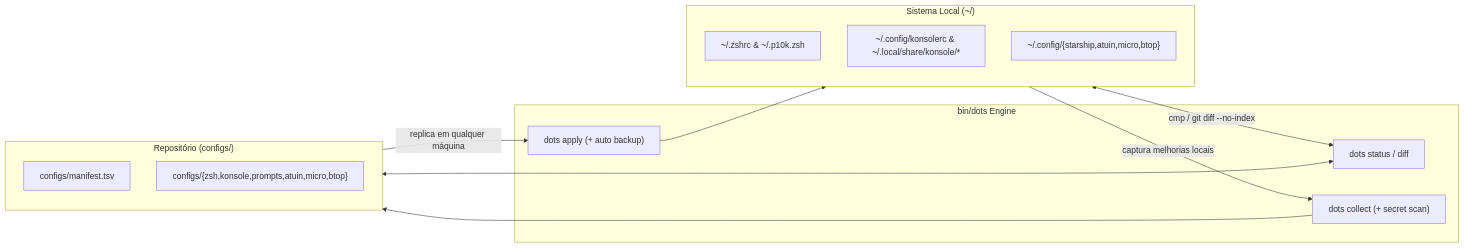
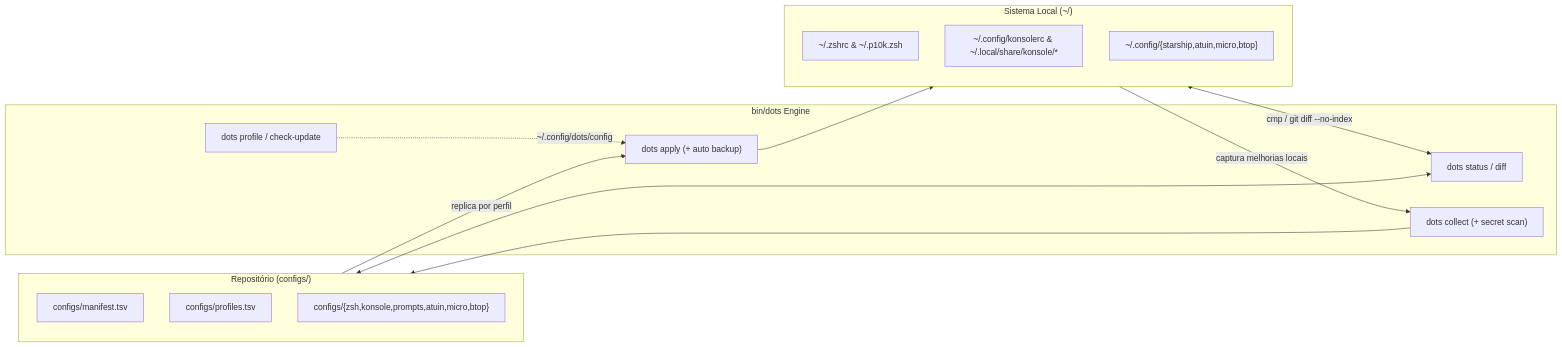
The diagram in README.md (berndof/dotfiles), drawn with Mermaid before and after one commit. The commit also changed other lines of this file and 5 other files, not shown here.

Commit message:
feat(dots): add machine profile selector and background update checker

````diff
--- a/README.md
+++ b/README.md
@@ -21,23 +21,26 @@
 ```mermaid
 flowchart LR
     subgraph Live["Sistema Local (~/)"]
         Z["~/.zshrc & ~/.p10k.zsh"]
         K["~/.config/konsolerc & ~/.local/share/konsole/*"]
         C["~/.config/{starship,atuin,micro,btop}"]
     end
 
     subgraph CLI["bin/dots Engine"]
         S["dots status / diff"]
         COL["dots collect (+ secret scan)"]
         APP["dots apply (+ auto backup)"]
+        PF["dots profile / check-update"]
     end
 
     subgraph Repo["Repositório (configs/)"]
         M["configs/manifest.tsv"]
+        P["configs/profiles.tsv"]
         R["configs/{zsh,konsole,prompts,atuin,micro,btop}"]
     end
 
     Live <-->|"cmp / git diff --no-index"| S <--> Repo
     Live -->|"captura melhorias locais"| COL --> Repo
-    Repo -->|"replica em qualquer máquina"| APP --> Live
+    Repo -->|"replica por perfil"| APP --> Live
+    PF -.->|"~/.config/dots/config"| APP
 ```
````
